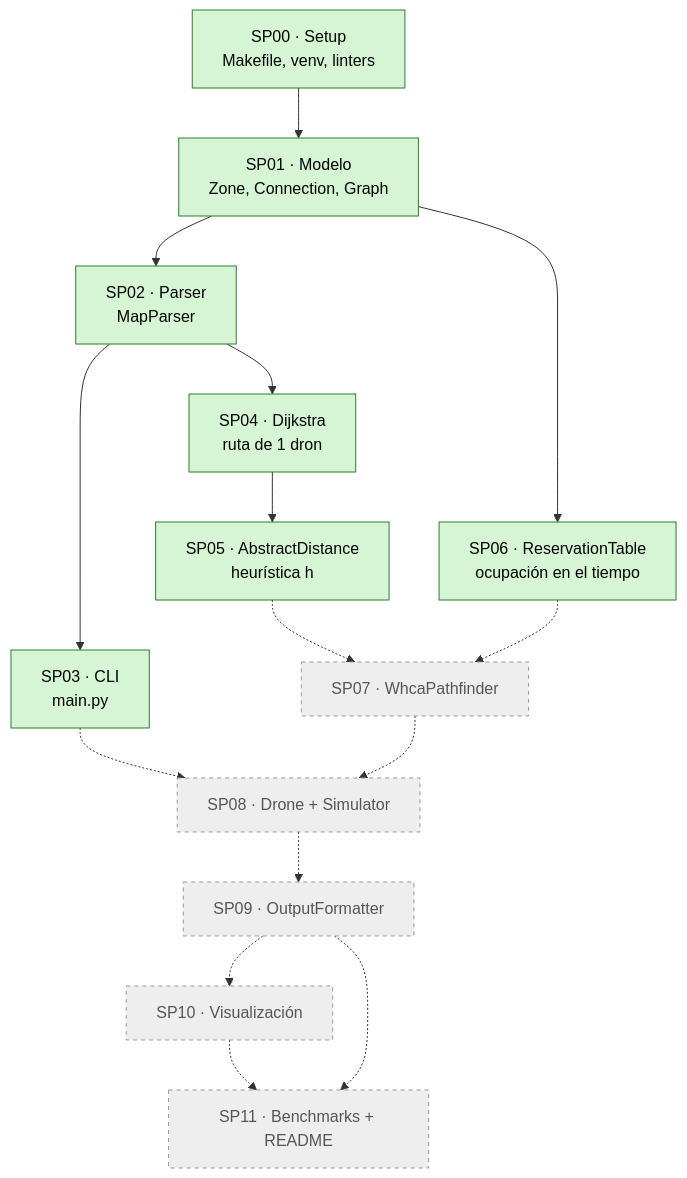
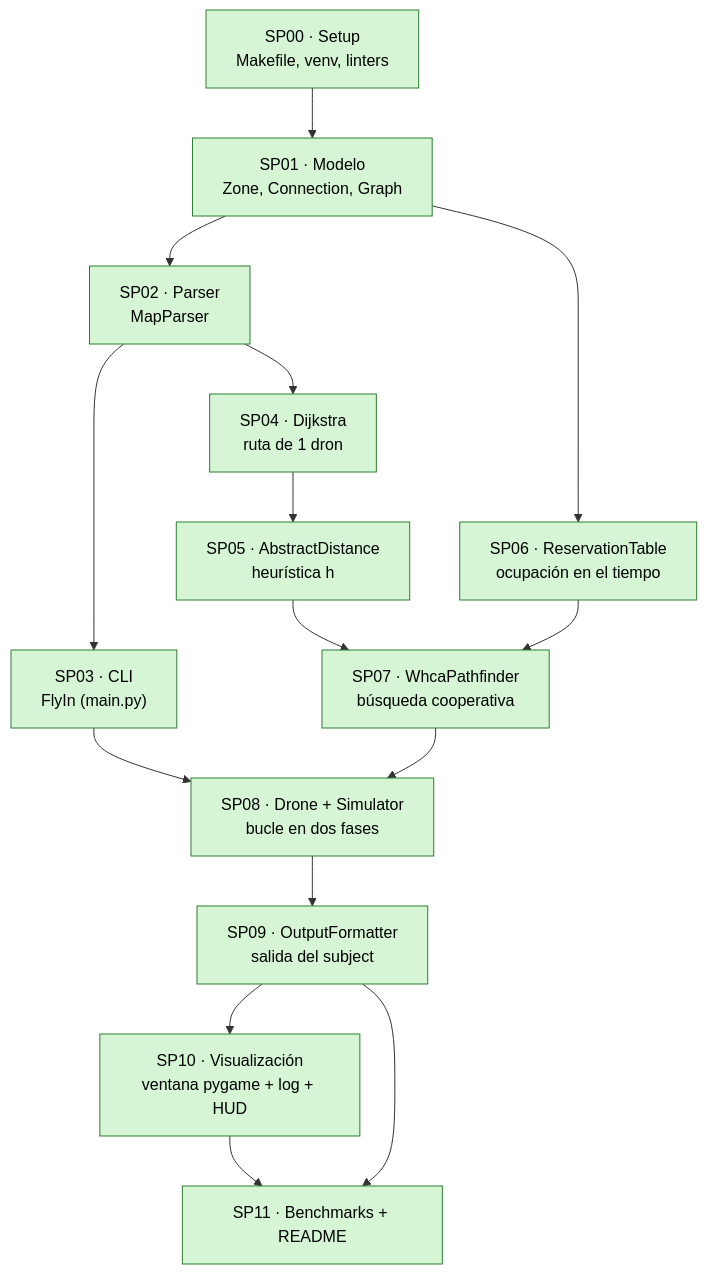
Before and after one commit to 0xARCOS/Fly-In: the first of 55 diagrams in docs/07-diagramas.md, drawn with Mermaid. The commit also changed other lines of this file and 63 other files, not shown here.

````diff
--- a/docs/07-diagramas.md
+++ b/docs/07-diagramas.md
@@ -38,22 +74,20 @@
 ```mermaid
 flowchart TD
     SP00["SP00 · Setup<br/>Makefile, venv, linters"] --> SP01["SP01 · Modelo<br/>Zone, Connection, Graph"]
     SP01 --> SP02["SP02 · Parser<br/>MapParser"]
-    SP02 --> SP03["SP03 · CLI<br/>main.py"]
+    SP02 --> SP03["SP03 · CLI<br/>FlyIn (main.py)"]
     SP02 --> SP04["SP04 · Dijkstra<br/>ruta de 1 dron"]
     SP04 --> SP05["SP05 · AbstractDistance<br/>heurística h"]
     SP01 --> SP06["SP06 · ReservationTable<br/>ocupación en el tiempo"]
-    SP05 -.-> SP07["SP07 · WhcaPathfinder"]
-    SP06 -.-> SP07
-    SP07 -.-> SP08["SP08 · Drone + Simulator"]
-    SP03 -.-> SP08
-    SP08 -.-> SP09["SP09 · OutputFormatter"]
-    SP09 -.-> SP10["SP10 · Visualización"]
-    SP09 -.-> SP11["SP11 · Benchmarks + README"]
-    SP10 -.-> SP11
+    SP05 --> SP07["SP07 · WhcaPathfinder<br/>búsqueda cooperativa"]
+    SP06 --> SP07
+    SP07 --> SP08["SP08 · Drone + Simulator<br/>bucle en dos fases"]
+    SP03 --> SP08
+    SP08 --> SP09["SP09 · OutputFormatter<br/>salida del subject"]
+    SP09 --> SP10["SP10 · Visualización<br/>ventana pygame + log + HUD"]
+    SP09 --> SP11["SP11 · Benchmarks + README"]
+    SP10 --> SP11
 
     classDef done fill:#d5f5d5,stroke:#2e7d32,color:#000
-    classDef todo fill:#eeeeee,stroke:#999,color:#555,stroke-dasharray:4
-    class SP00,SP01,SP02,SP03,SP04,SP05,SP06 done
-    class SP07,SP08,SP09,SP10,SP11 todo
+    class SP00,SP01,SP02,SP03,SP04,SP05,SP06,SP07,SP08,SP09,SP10,SP11 done
 ```
````
